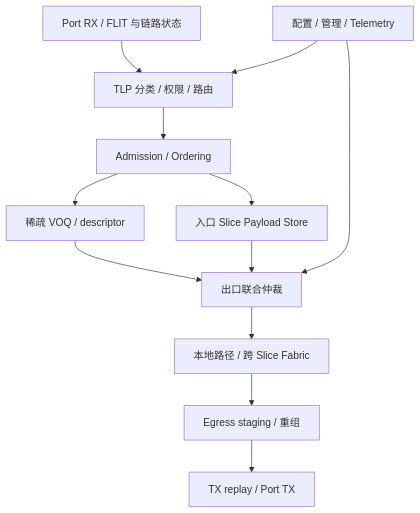
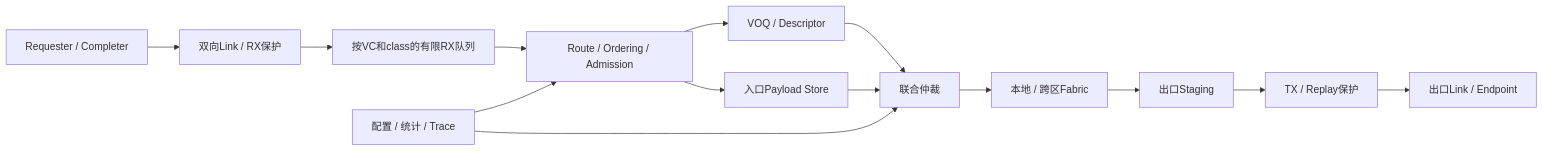
Before and after one commit to caryzoumvp/gem5-pcie: the diagram in docs/pcie_switch/PCIe6_Switch_Architecture.md, drawn with Mermaid. The commit also changed other lines of this file and 4 other files, not shown here.

````diff
--- a/docs/pcie_switch/PCIe6_Switch_Architecture.md
+++ b/docs/pcie_switch/PCIe6_Switch_Architecture.md
@@ -25,14 +29,16 @@
 ```mermaid
-flowchart TB
-  RX[Port RX / FLIT 与链路状态] --> FE[TLP 分类 / 权限 / 路由]
-  FE --> AD[Admission / Ordering]
-  AD --> PS[入口 Slice Payload Store]
-  AD --> VQ[稀疏 VOQ / descriptor]
-  VQ --> SC[出口联合仲裁]
-  PS --> SC
-  SC --> F[本地路径 / 跨 Slice Fabric]
-  F --> ES[Egress staging / 重组]
-  ES --> TX[TX replay / Port TX]
-  MG[配置 / 管理 / Telemetry] --> FE
-  MG --> SC
+flowchart LR
+  EP[Requester / Completer] --> L[双向Link / RX保护]
+  L --> RX[按VC和class的有限RX队列]
+  RX --> AD[Route / Ordering / Admission]
+  AD --> PS[入口Payload Store]
+  AD --> VQ[VOQ / Descriptor]
+  VQ --> SCH[联合仲裁]
+  PS --> SCH
+  SCH --> F[本地 / 跨区Fabric]
+  F --> ST[出口Staging]
+  ST --> TX[TX / Replay保护]
+  TX --> OUT[出口Link / Endpoint]
+  MG[配置 / 统计 / Trace] --> AD
+  MG --> SCH
 ```
````
